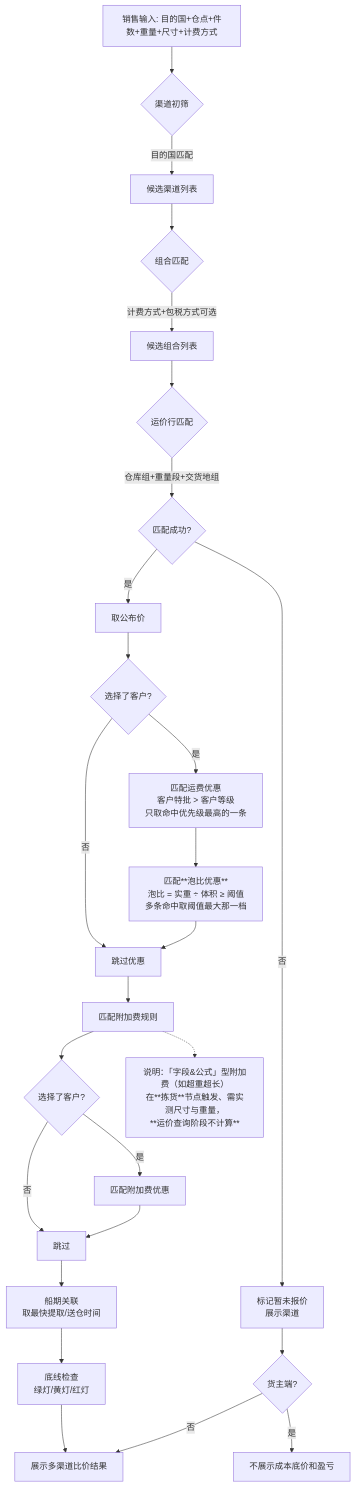
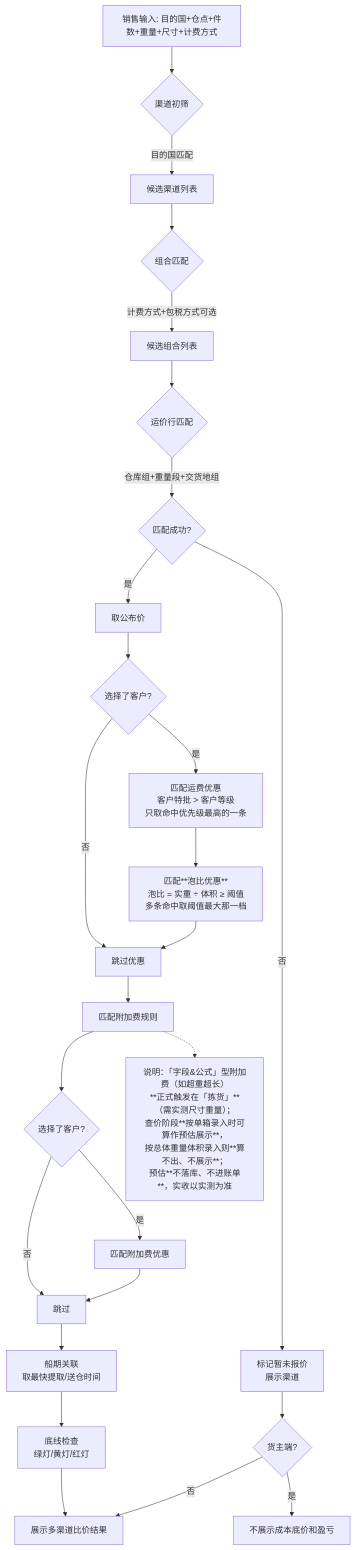
One commit to zhangwen960722/luna-daily changed the second of 6 diagrams in 0-产品经理使用IDE/drafts/超级运价/2026-09-12-数据设计.md. Above: the diagram before and after it, drawn with Mermaid. The commit also changed other lines of this file and 14 other files, not shown here.

````diff
--- a/0-产品经理使用IDE/drafts/超级运价/2026-09-12-数据设计.md
+++ b/0-产品经理使用IDE/drafts/超级运价/2026-09-12-数据设计.md
@@ -924,28 +924,28 @@
 ```mermaid
 flowchart TD
     A[销售输入: 目的国+仓点+件数+重量+尺寸+计费方式] --> B{渠道初筛}
     B -->|目的国匹配| C[候选渠道列表]
     C --> D{组合匹配}
     D -->|计费方式+包税方式可选| E[候选组合列表]
     E --> F{运价行匹配}
     F -->|仓库组+重量段+交货地组| G{匹配成功?}
     G -->|是| H[取公布价]
     G -->|否| I[标记暂未报价<br>展示渠道]
     H --> J{选择了客户?}
     J -->|是| K[匹配运费优惠<br>客户特批 > 客户等级<br>只取命中优先级最高的一条]
     J -->|否| L[跳过优惠]
 K --> K2[匹配**泡比优惠**<br>泡比 = 实重 ÷ 体积 ≥ 阈值<br>多条命中取阈值最大那一档]
 K2 --> L
     L --> M[匹配附加费规则]
     M --> N{选择了客户?}
     N -->|是| O[匹配附加费优惠]
     N -->|否| P[跳过]
     O --> P
-M -.-> M2[说明：「字段&公式」型附加费（如超重超长）<br>在**拣货**节点触发、需实测尺寸与重量，<br>**运价查询阶段不计算**]
+M -.-> M2[说明：「字段&公式」型附加费（如超重超长）<br>**正式触发在「拣货」**（需实测尺寸重量）；<br>查价阶段**按单箱录入时可算作预估展示**，<br>按总体重量体积录入则**算不出、不展示**；<br>预估**不落库、不进账单**，实收以实测为准]
     P --> Q[船期关联<br>取最快提取/送仓时间]
     Q --> R[底线检查<br>绿灯/黄灯/红灯]
     R --> S[展示多渠道比价结果]
     I --> T{货主端?}
     T -->|是| U[不展示成本底价和盈亏]
     T -->|否| S
 ```
````
